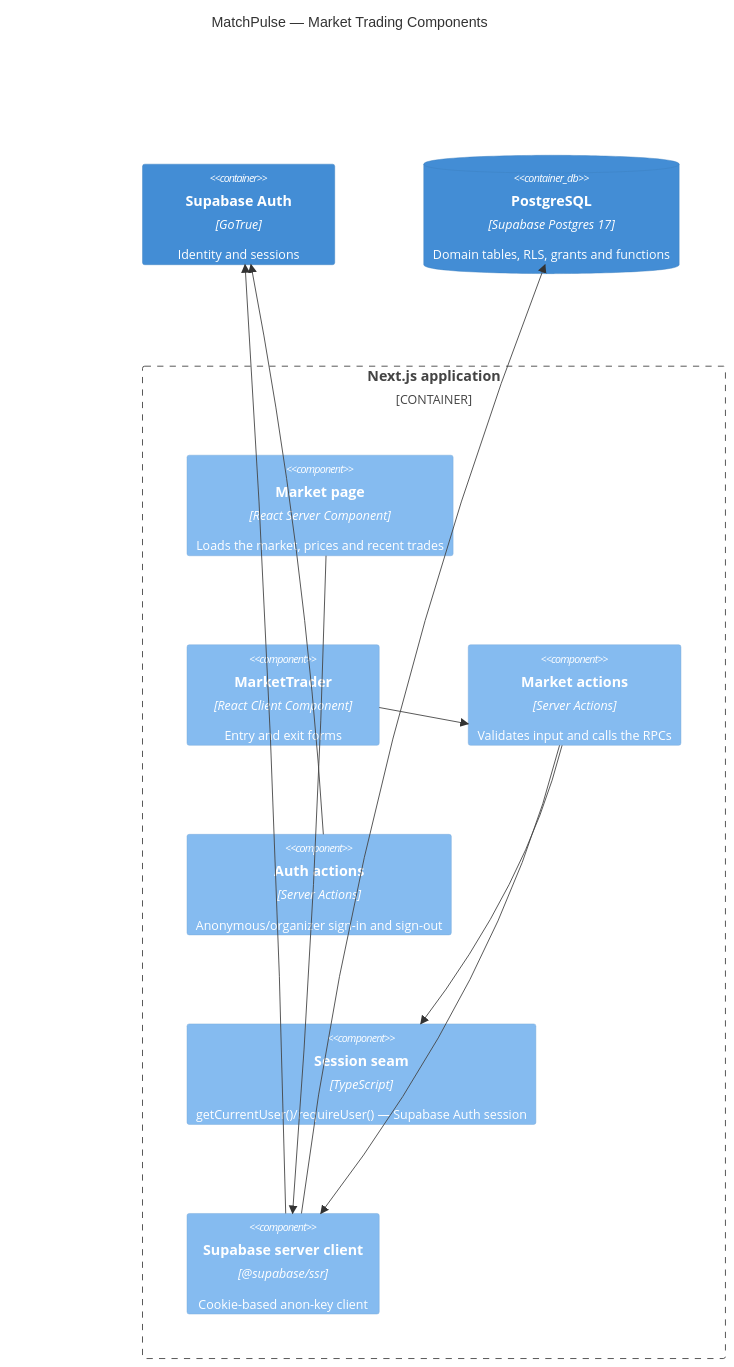
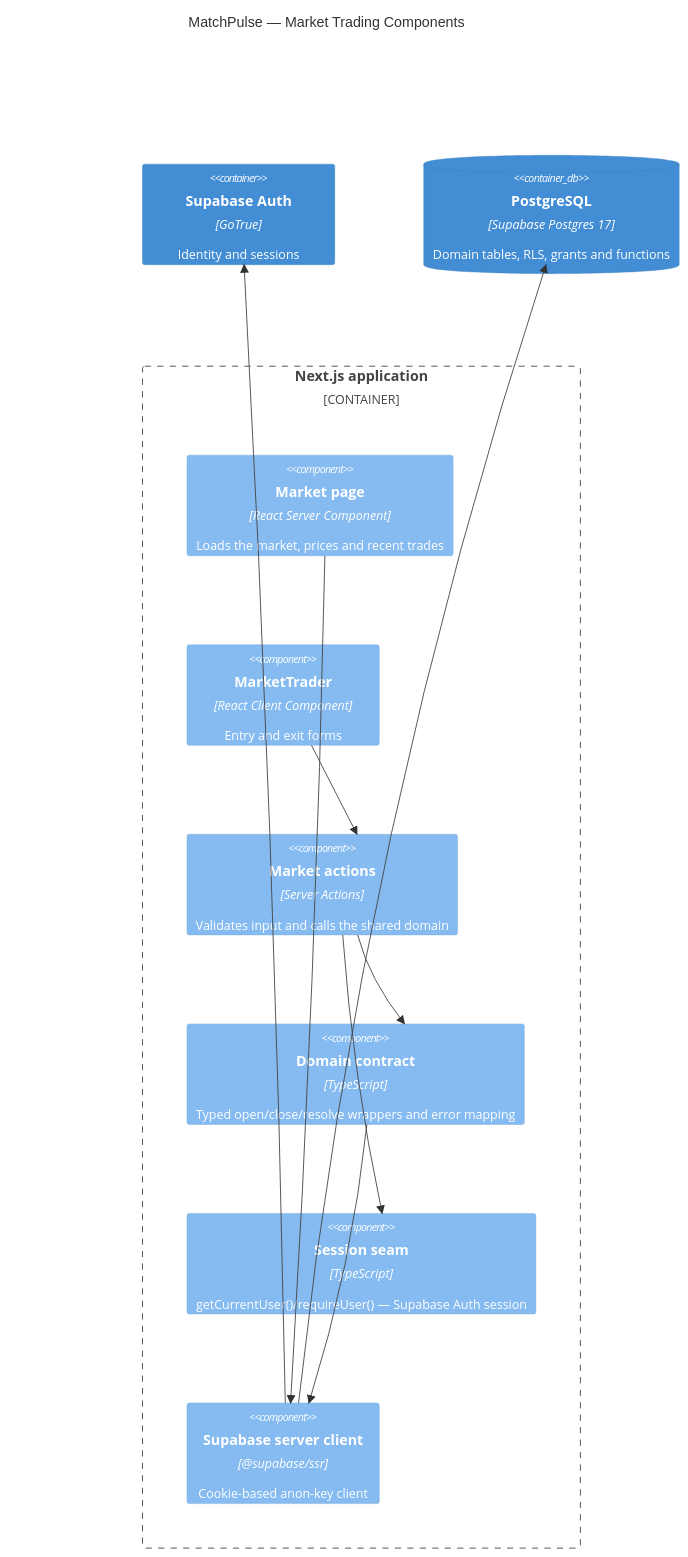
Before and after one commit to match-pulse/match-pulse: the third of 4 diagrams in docs/architecture/05-c4-diagrams.md, drawn with Mermaid. The commit also changed other lines of this file and 32 other files, not shown here.

````diff
--- a/docs/architecture/05-c4-diagrams.md
+++ b/docs/architecture/05-c4-diagrams.md
@@ -69,26 +81,26 @@
 ```mermaid
 C4Component
   title MatchPulse — Market Trading Components
 
   Container_Boundary(web, "Next.js application") {
     Component(page, "Market page", "React Server Component", "Loads the market, prices and recent trades")
     Component(trader, "MarketTrader", "React Client Component", "Entry and exit forms")
-    Component(actions, "Market actions", "Server Actions", "Validates input and calls the RPCs")
-    Component(authActions, "Auth actions", "Server Actions", "Anonymous/organizer sign-in and sign-out")
+    Component(actions, "Market actions", "Server Actions", "Validates input and calls the shared domain")
+    Component(domain, "Domain contract", "TypeScript", "Typed open/close/resolve wrappers and error mapping")
     Component(session, "Session seam", "TypeScript", "getCurrentUser()/requireUser() — Supabase Auth session")
     Component(client, "Supabase server client", "@supabase/ssr", "Cookie-based anon-key client")
   }
 
   Container(auth, "Supabase Auth", "GoTrue", "Identity and sessions")
   ContainerDb(db, "PostgreSQL", "Supabase Postgres 17", "Domain tables, RLS, grants and functions")
 
   Rel(trader, actions, "")
   Rel(page, client, "")
-  Rel(authActions, auth, "")
+  Rel(actions, domain, "")
   Rel(actions, session, "")
-  Rel(actions, client, "")
+  Rel(domain, client, "")
   Rel(client, auth, "")
   Rel(client, db, "")
 
   UpdateLayoutConfig($c4ShapeInRow="3", $c4BoundaryInRow="1")
 ```
````
